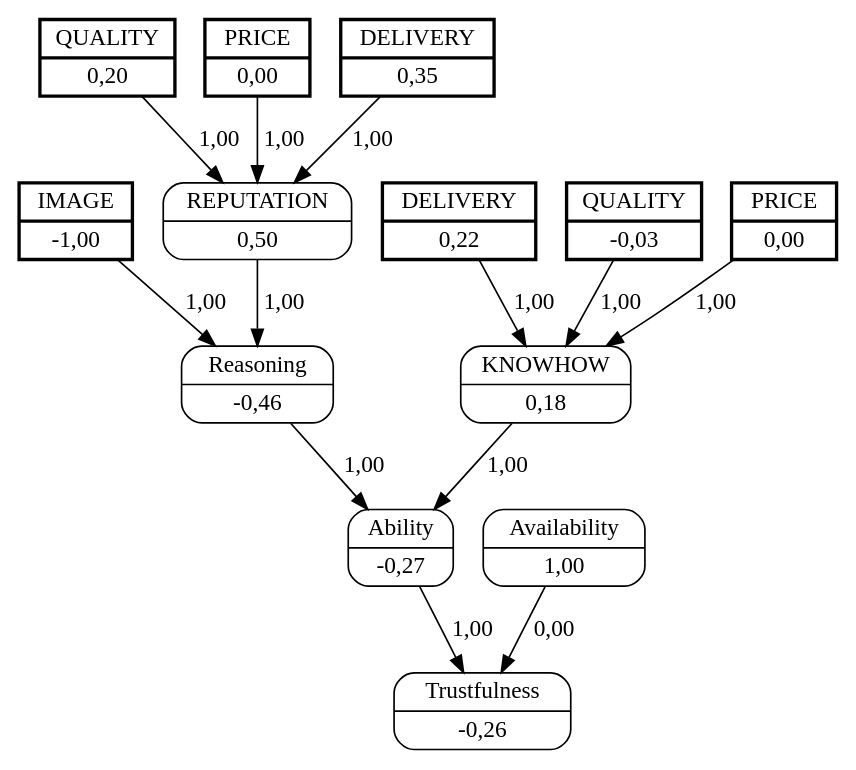
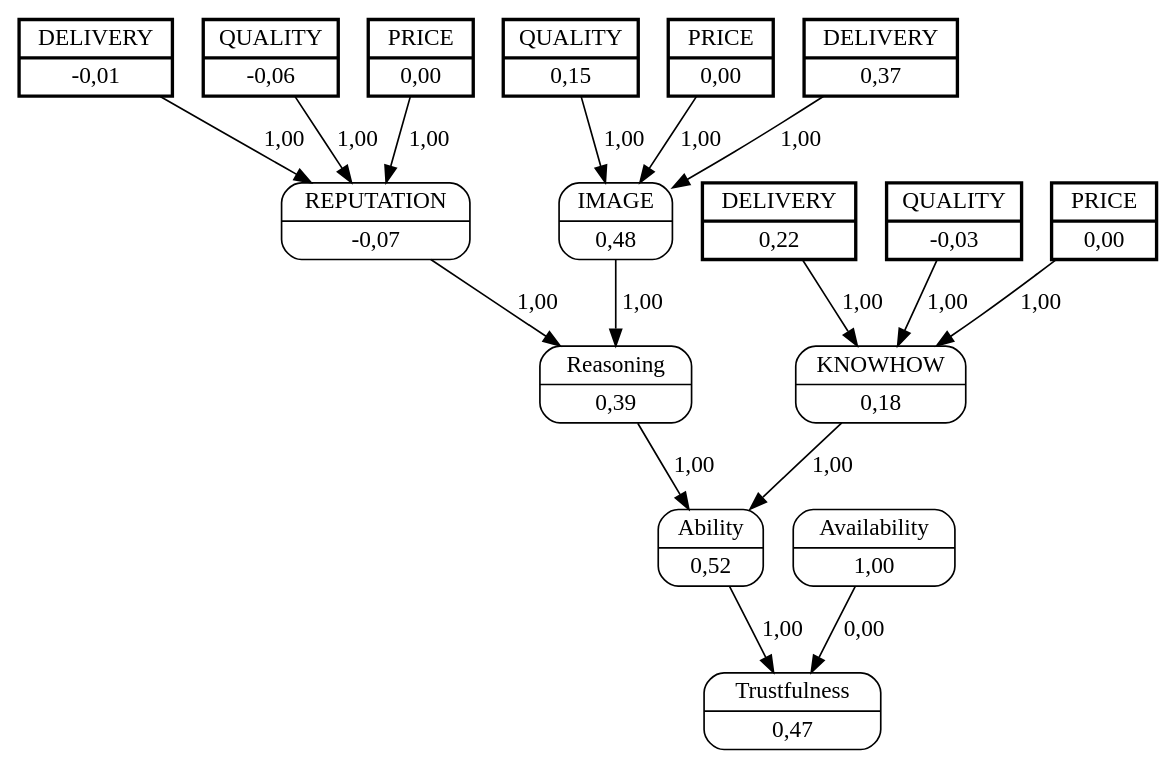
One commit to jjbaqueta/unload_experiment changed the diagram in unload_boxes/dots/buyerB2sellerB7.dot. Above: the diagram before and after it, drawn with Graphviz. The commit also changed 97 other files, not shown here.

```diff
--- a/unload_boxes/dots/buyerB2sellerB7.dot
+++ b/unload_boxes/dots/buyerB2sellerB7.dot
@@ -1,31 +1,39 @@
 digraph FCM_net{
 	node [shape=record, style=rounded]
-	0 [label="{IMAGE | -1,00}", style=bold, penwidth=2, peripheries=2];
-	7 [label="{QUALITY | 0,20}", style=bold, penwidth=2, peripheries=2];
+	7 [label="{QUALITY | 0,15}", style=bold, penwidth=2, peripheries=2];
 	8 [label="{PRICE | 0,00}", style=bold, penwidth=2, peripheries=2];
-	9 [label="{DELIVERY | 0,35}", style=bold, penwidth=2, peripheries=2];
-	10 [label="{QUALITY | -0,03}", style=bold, penwidth=2, peripheries=2];
+	9 [label="{DELIVERY | 0,37}", style=bold, penwidth=2, peripheries=2];
+	10 [label="{QUALITY | -0,06}", style=bold, penwidth=2, peripheries=2];
 	11 [label="{PRICE | 0,00}", style=bold, penwidth=2, peripheries=2];
-	12 [label="{DELIVERY | 0,22}", style=bold, penwidth=2, peripheries=2];
-	0 [label="{IMAGE | -1,00}"];
-	1 [label="{REPUTATION | 0,50}"];
+	12 [label="{DELIVERY | -0,01}", style=bold, penwidth=2, peripheries=2];
+	13 [label="{QUALITY | -0,03}", style=bold, penwidth=2, peripheries=2];
+	14 [label="{PRICE | 0,00}", style=bold, penwidth=2, peripheries=2];
+	15 [label="{DELIVERY | 0,22}", style=bold, penwidth=2, peripheries=2];
+	0 [label="{IMAGE | 0,48}"];
+	1 [label="{REPUTATION | -0,07}"];
 	2 [label="{KNOWHOW | 0,18}"];
-	3 [label="{Reasoning | -0,46}"];
-	4 [label="{Ability | -0,27}"];
+	3 [label="{Reasoning | 0,39}"];
+	4 [label="{Ability | 0,52}"];
 	5 [label="{Availability | 1,00}"];
-	6 [label="{Trustfulness | -0,26}"];
+	6 [label="{Trustfulness | 0,47}"];
+	7 [label="{QUALITY | 0,15}"];
 	8 [label="{PRICE | 0,00}"];
-	10 [label="{QUALITY | -0,03}"];
+	9 [label="{DELIVERY | 0,37}"];
+	11 [label="{PRICE | 0,00}"];
+	13 [label="{QUALITY | -0,03}"];
 	0 -> 3 [label = "1,00"];
 	1 -> 3 [label = "1,00"];
 	3 -> 4 [label = "1,00"];
 	2 -> 4 [label = "1,00"];
 	4 -> 6 [label = "1,00"];
 	5 -> 6 [label = "0,00"];
-	7 -> 1 [label = "1,00"];
-	8 -> 1 [label = "1,00"];
-	9 -> 1 [label = "1,00"];
-	10 -> 2 [label = "1,00"];
-	11 -> 2 [label = "1,00"];
-	12 -> 2 [label = "1,00"];
+	7 -> 0 [label = "1,00"];
+	8 -> 0 [label = "1,00"];
+	9 -> 0 [label = "1,00"];
+	10 -> 1 [label = "1,00"];
+	11 -> 1 [label = "1,00"];
+	12 -> 1 [label = "1,00"];
+	13 -> 2 [label = "1,00"];
+	14 -> 2 [label = "1,00"];
+	15 -> 2 [label = "1,00"];
 }
```
